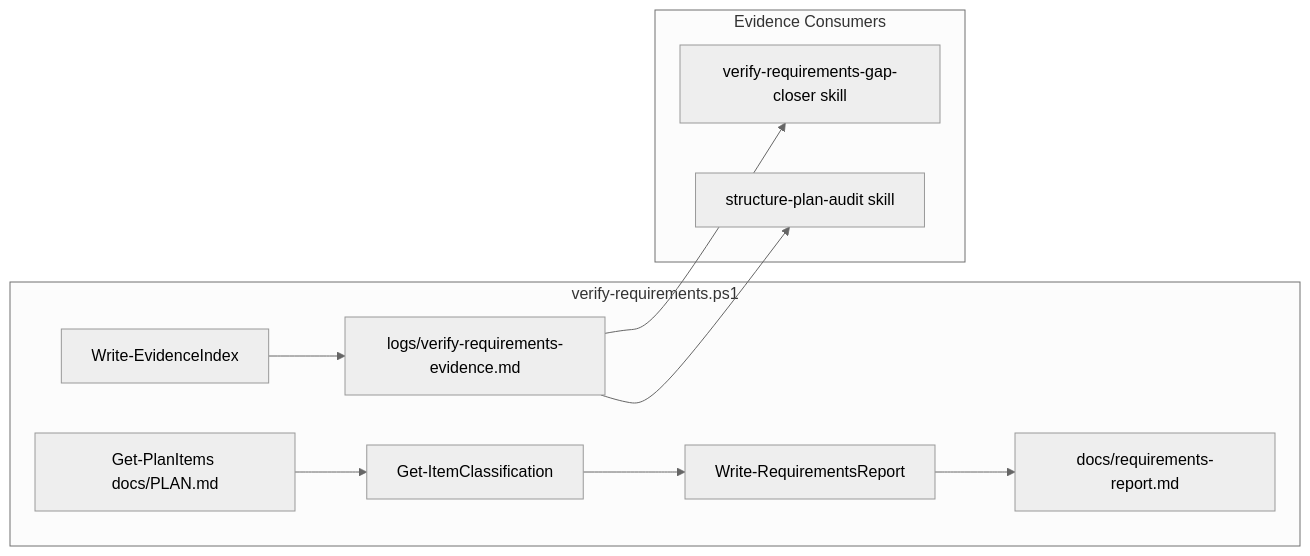
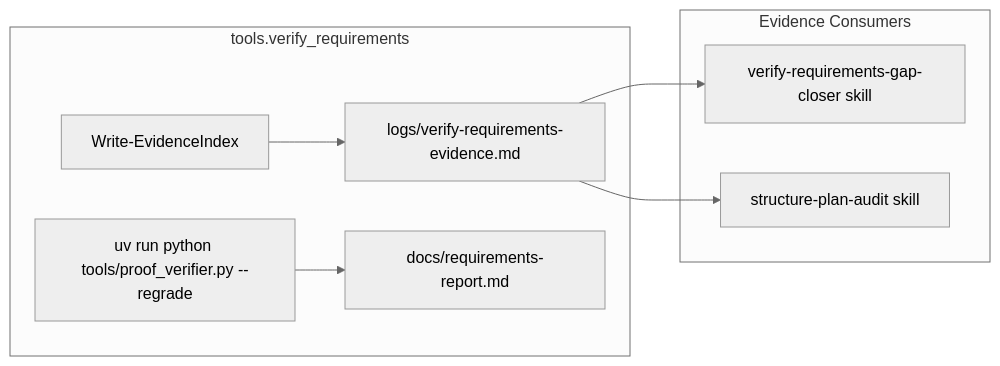
The diagram in docs/verify-requirements-pipeline.md (jparson2389/aetherflow), drawn with Mermaid (neutral theme) before and after one commit. The commit also changed other lines of this file and 25 other files, not shown here.

````diff
--- a/docs/verify-requirements-pipeline.md
+++ b/docs/verify-requirements-pipeline.md
@@ -5,15 +5,13 @@
 ```mermaid
 flowchart LR
-    subgraph script ["verify-requirements.ps1"]
+    subgraph script ["tools.verify_requirements"]
         A["Write-EvidenceIndex"] --> B["logs/verify-requirements-evidence.md"]
-        C["Get-PlanItems docs/PLAN.md"] --> D["Get-ItemClassification"]
-        D --> E["Write-RequirementsReport"]
-        E --> F["docs/requirements-report.md"]
+        C["uv run python tools/proof_verifier.py --regrade"] --> F["docs/requirements-report.md"]
     end
     subgraph consumers ["Evidence Consumers"]
         G["verify-requirements-gap-closer skill"]
         H["structure-plan-audit skill"]
     end
     B --> G
     B --> H
 ```
````
